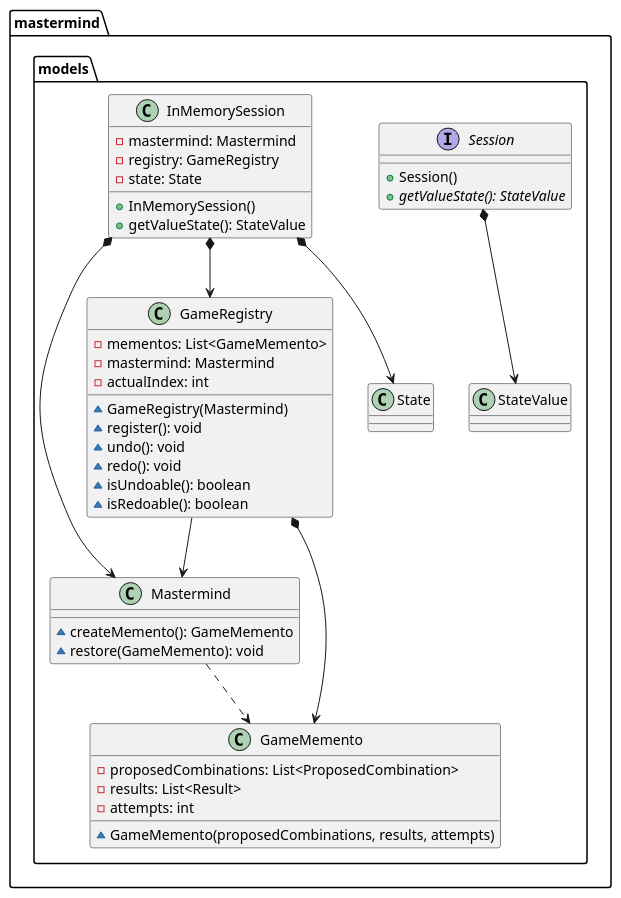
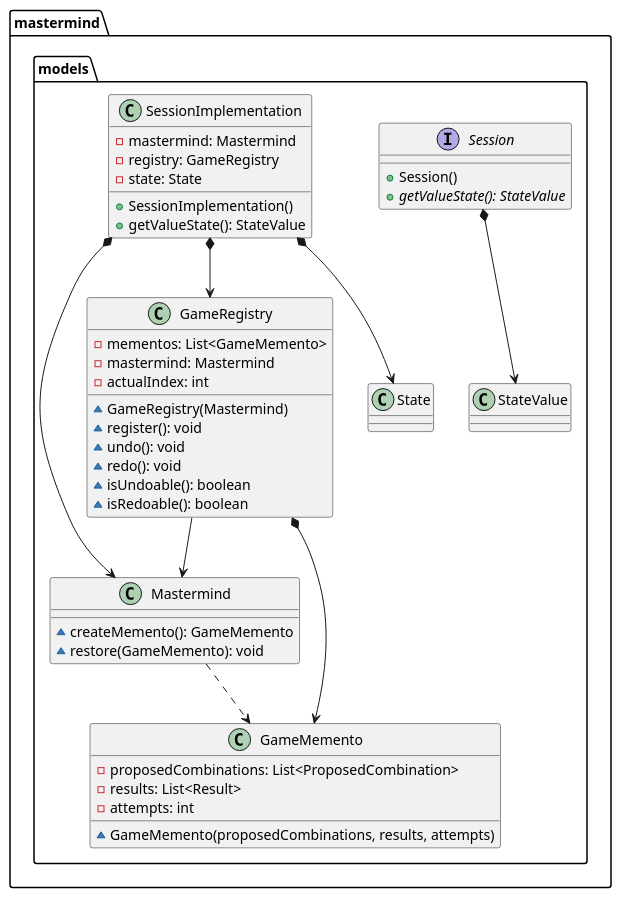
One commit to juanaviladev/dcs-mastermind changed the diagram in docs/mastermind.models.puml. Above: the diagram before and after it, drawn with PlantUML. The commit also changed 12 other files, not shown here.

Commit message:
Update diagrams

```diff
--- a/docs/mastermind.models.puml
+++ b/docs/mastermind.models.puml
@@ -1,49 +1,49 @@
 @startuml
 
 top to bottom direction
 
 interface mastermind.models.Session {
     + Session()
     + {abstract} getValueState(): StateValue
 }
 mastermind.models.Session *--> mastermind.models.StateValue
 
-class mastermind.models.InMemorySession {
+class mastermind.models.SessionImplementation {
     - mastermind: Mastermind
     - registry: GameRegistry
     - state: State
-    + InMemorySession()
+    + SessionImplementation()
     + getValueState(): StateValue
 }
-mastermind.models.InMemorySession *--> mastermind.models.Mastermind
-mastermind.models.InMemorySession *--> mastermind.models.GameRegistry
-mastermind.models.InMemorySession *--> mastermind.models.State
+mastermind.models.SessionImplementation *--> mastermind.models.Mastermind
+mastermind.models.SessionImplementation *--> mastermind.models.GameRegistry
+mastermind.models.SessionImplementation *--> mastermind.models.State
 
 class mastermind.models.GameRegistry {
    - mementos: List<GameMemento>
    - mastermind: Mastermind
    - actualIndex: int
    ~ GameRegistry(Mastermind)
    ~ register(): void
    ~ undo(): void
    ~ redo(): void
    ~ isUndoable(): boolean
    ~ isRedoable(): boolean
 }
 mastermind.models.GameRegistry *--> mastermind.models.GameMemento
 mastermind.models.GameRegistry --> mastermind.models.Mastermind
 
 class mastermind.models.Mastermind {
    ~ createMemento(): GameMemento
    ~ restore(GameMemento): void
 }
 mastermind.models.Mastermind ..> mastermind.models.GameMemento
 
 class mastermind.models.GameMemento {
    - proposedCombinations: List<ProposedCombination>
    - results: List<Result>
    - attempts: int
    ~ GameMemento(proposedCombinations, results, attempts)
 }
 
 @enduml
```
